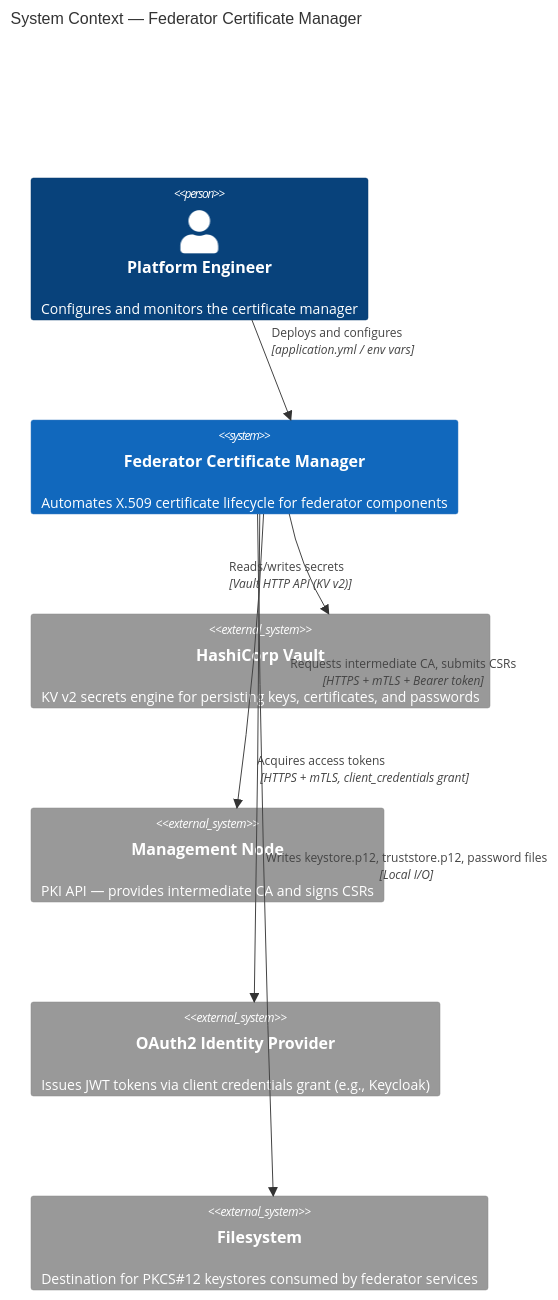
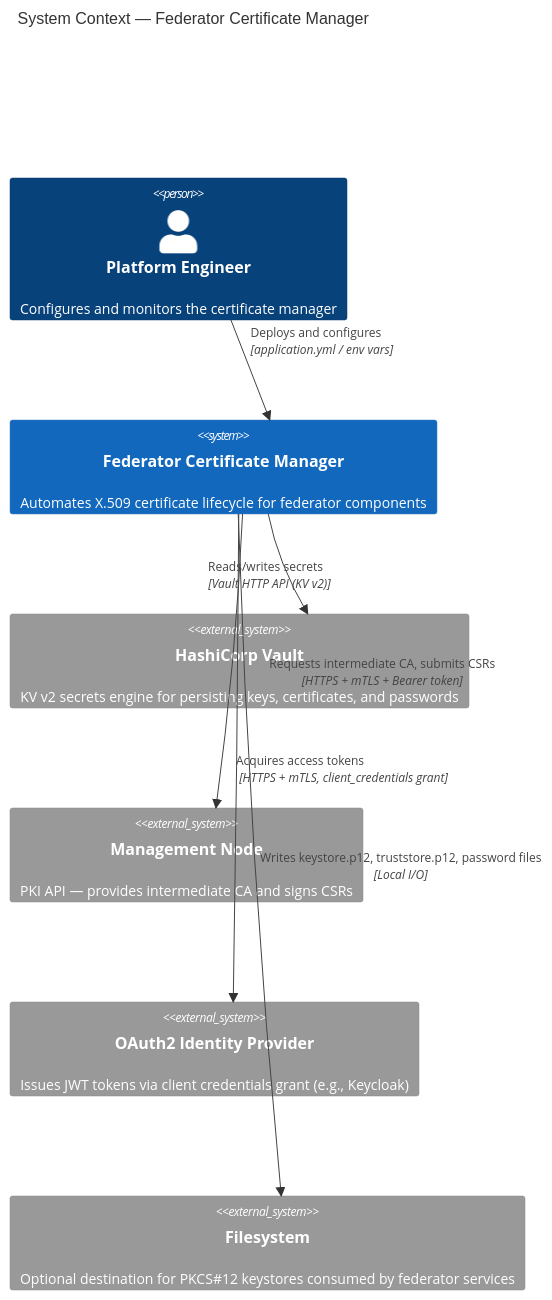
Before and after one commit to National-Node-Net/federator-certificate-manager: the first of 6 diagrams in docs/architecture.md, drawn with Mermaid. The commit also changed other lines of this file and 26 other files, not shown here.

````diff
--- a/docs/architecture.md
+++ b/docs/architecture.md
@@ -11,23 +11,23 @@
 ```mermaid
 C4Context
     title System Context — Federator Certificate Manager
 
     Person(ops, "Platform Engineer", "Configures and monitors the certificate manager")
 
     System(certMgr, "Federator Certificate Manager", "Automates X.509 certificate lifecycle for federator components")
 
     System_Ext(vault, "HashiCorp Vault", "KV v2 secrets engine for persisting keys, certificates, and passwords")
     System_Ext(mngNode, "Management Node", "PKI API — provides intermediate CA and signs CSRs")
     System_Ext(idp, "OAuth2 Identity Provider", "Issues JWT tokens via client credentials grant (e.g., Keycloak)")
-    System_Ext(fs, "Filesystem", "Destination for PKCS#12 keystores consumed by federator services")
+    System_Ext(fs, "Filesystem", "Optional destination for PKCS#12 keystores consumed by federator services")
 
     Rel(ops, certMgr, "Deploys and configures", "application.yml / env vars")
     Rel(certMgr, vault, "Reads/writes secrets", "Vault HTTP API (KV v2)")
     Rel(certMgr, mngNode, "Requests intermediate CA, submits CSRs", "HTTPS + mTLS + Bearer token")
     Rel(certMgr, idp, "Acquires access tokens", "HTTPS + mTLS, client_credentials grant")
     Rel(certMgr, fs, "Writes keystore.p12, truststore.p12, password files", "Local I/O")
 
     UpdateRelStyle(ops, certMgr, $offsetY="-40")
     UpdateRelStyle(certMgr, vault, $offsetX="-80")
     UpdateRelStyle(certMgr, mngNode, $offsetX="40")
 ```
````
